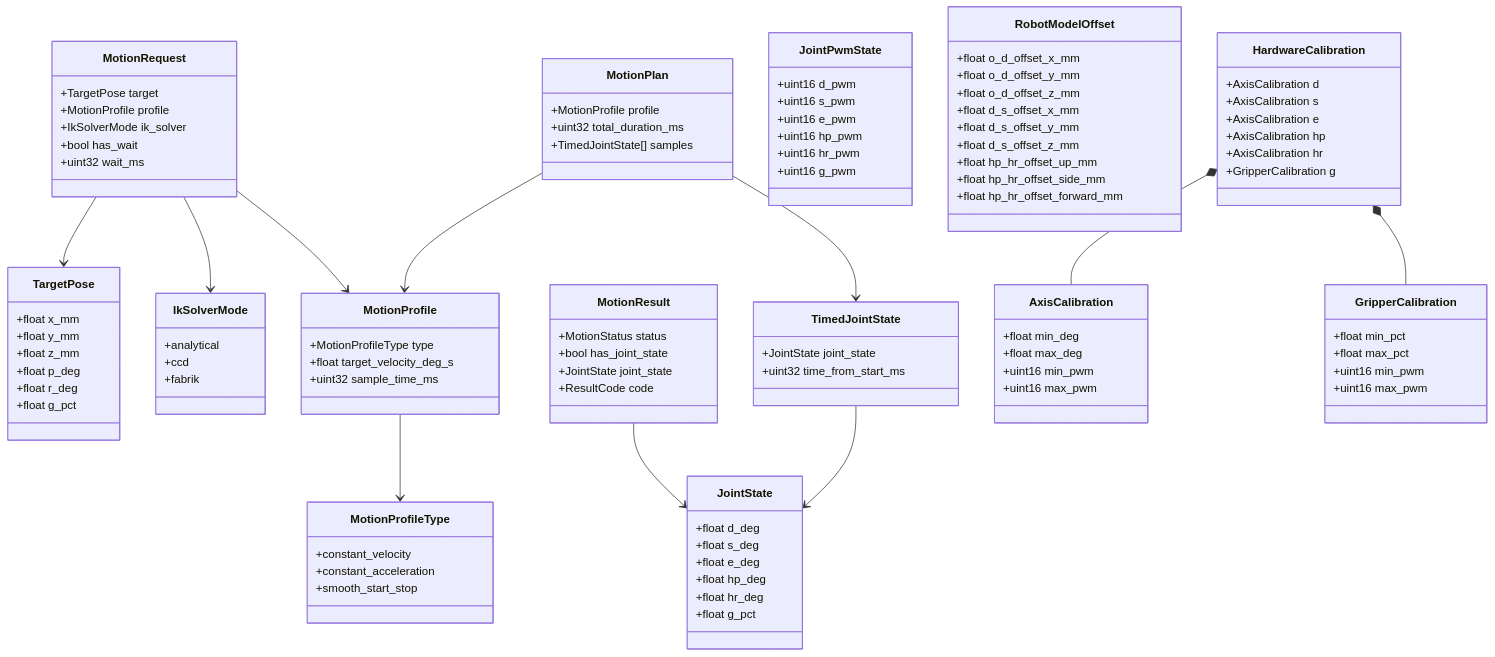
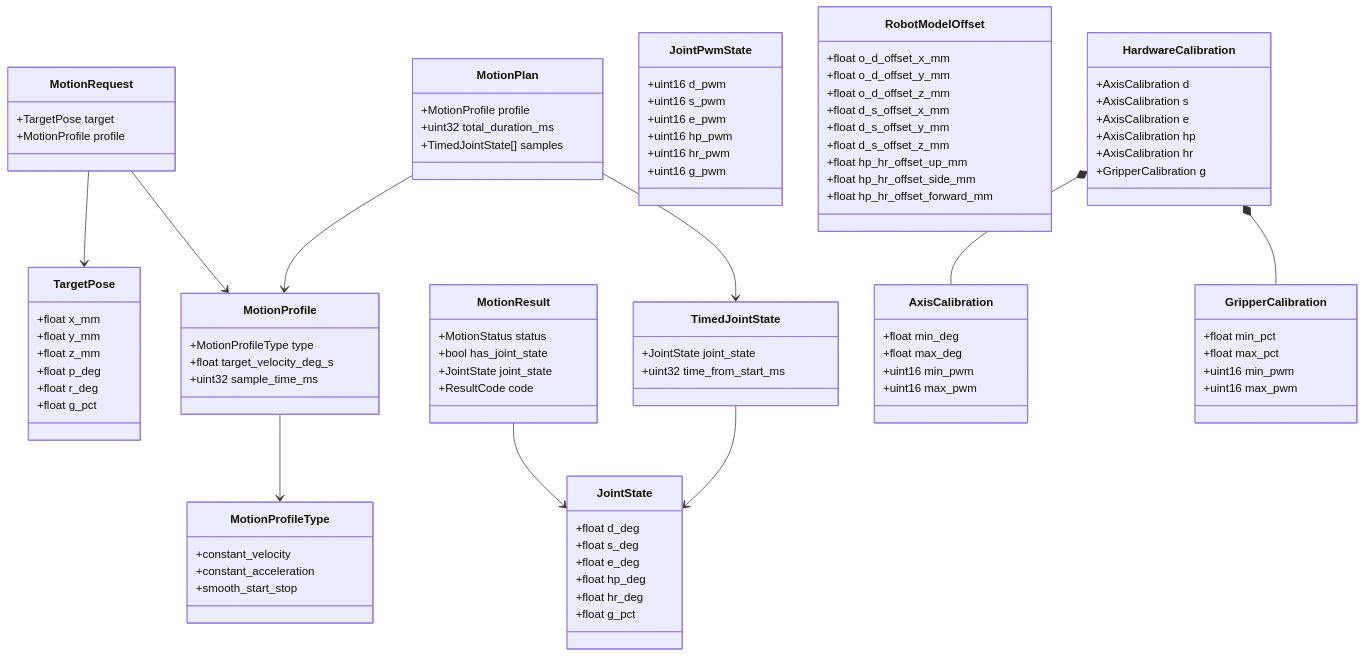
The first of 13 diagrams in doc/sw/software.md (butz1999/inverse_kinematik), drawn with Mermaid before and after one commit. The commit also changed other lines of this file and 10 other files, not shown here.

```diff
--- a/doc/sw/software.md
+++ b/doc/sw/software.md
@@ -283,15 +283,6 @@
     class MotionRequest {
         +TargetPose target
         +MotionProfile profile
-        +IkSolverMode ik_solver
-        +bool has_wait
-        +uint32 wait_ms
-    }
-
-    class IkSolverMode {
-        +analytical
-        +ccd
-        +fabrik
     }
 
     class MotionResult {
@@ -370,7 +361,6 @@
 
     MotionRequest --> TargetPose
     MotionRequest --> MotionProfile
-    MotionRequest --> IkSolverMode
     MotionProfile --> MotionProfileType
     MotionResult --> JointState
     MotionPlan --> MotionProfile
```
